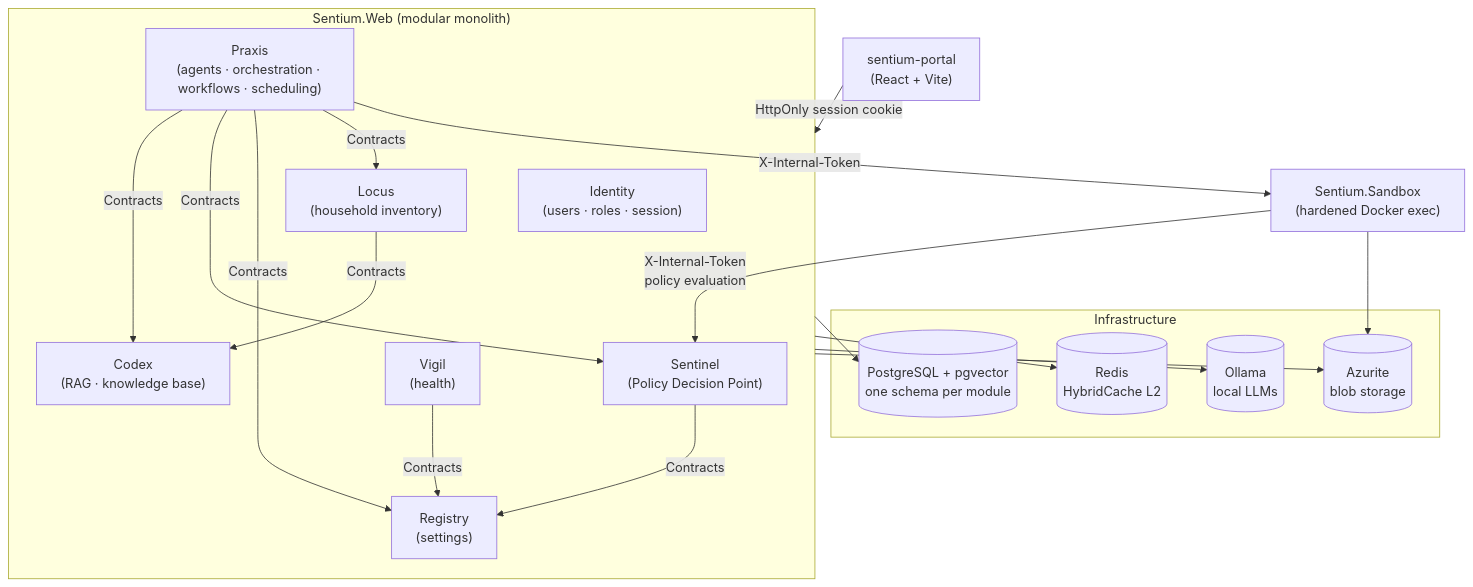
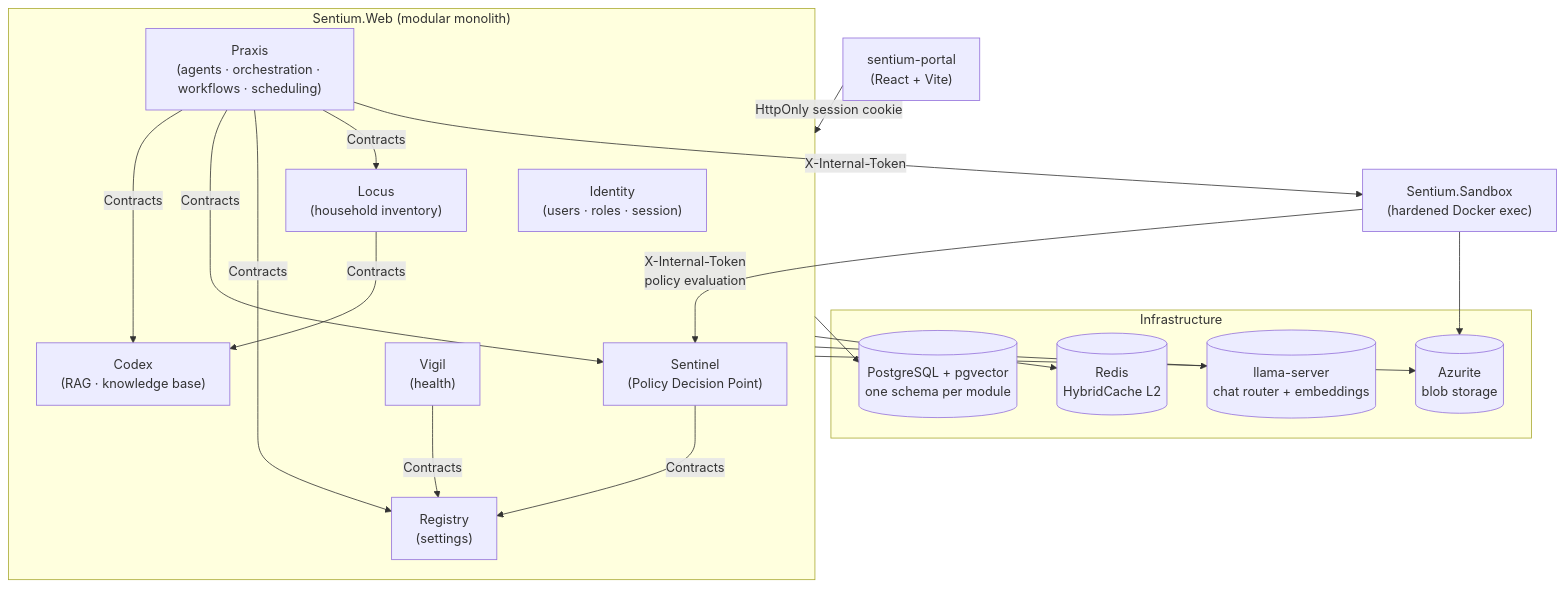
The diagram in README.md (mihailshterev/sentium), drawn with Mermaid before and after one commit. The commit also changed other lines of this file and 108 other files, not shown here.

````diff
--- a/README.md
+++ b/README.md
@@ -50,34 +50,34 @@
 ```mermaid
 flowchart TB
     Portal["sentium-portal<br/>(React + Vite)"]
 
     Portal -->|HttpOnly session cookie| Web
 
     subgraph Web["Sentium.Web (modular monolith)"]
         Identity["Identity<br/>(users · roles · session)"]
         Praxis["Praxis<br/>(agents · orchestration · workflows · scheduling)"]
         Codex["Codex<br/>(RAG · knowledge base)"]
         Locus["Locus<br/>(household inventory)"]
         Sentinel["Sentinel<br/>(Policy Decision Point)"]
         Registry["Registry<br/>(settings)"]
         Vigil["Vigil<br/>(health)"]
     end
 
     Praxis -->|Contracts| Codex & Sentinel & Registry & Locus
     Locus -->|Contracts| Codex
     Sentinel -->|Contracts| Registry
     Vigil -->|Contracts| Registry
 
     Praxis -->|X-Internal-Token| Sandbox["Sentium.Sandbox<br/>(hardened Docker exec)"]
     Sandbox -->|X-Internal-Token<br/>policy evaluation| Sentinel
 
     subgraph Infrastructure
         PG[("PostgreSQL + pgvector<br/>one schema per module")]
         Redis[("Redis<br/>HybridCache L2")]
-        Ollama[("Ollama<br/>local LLMs")]
+        LLM[("llama-server<br/>chat router + embeddings")]
         Blobs[("Azurite<br/>blob storage")]
     end
 
-    Web --> PG & Redis & Ollama & Blobs
+    Web --> PG & Redis & LLM & Blobs
     Sandbox --> Blobs
 ```
````
